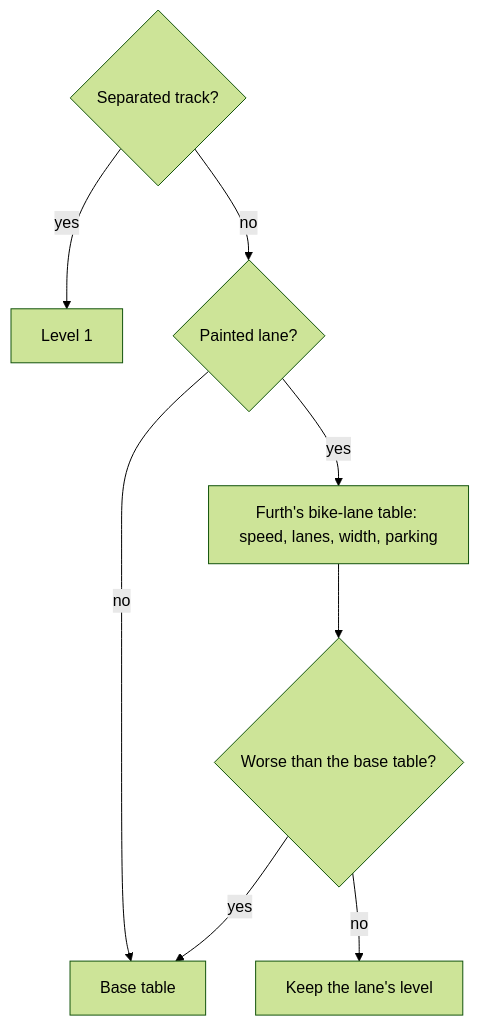
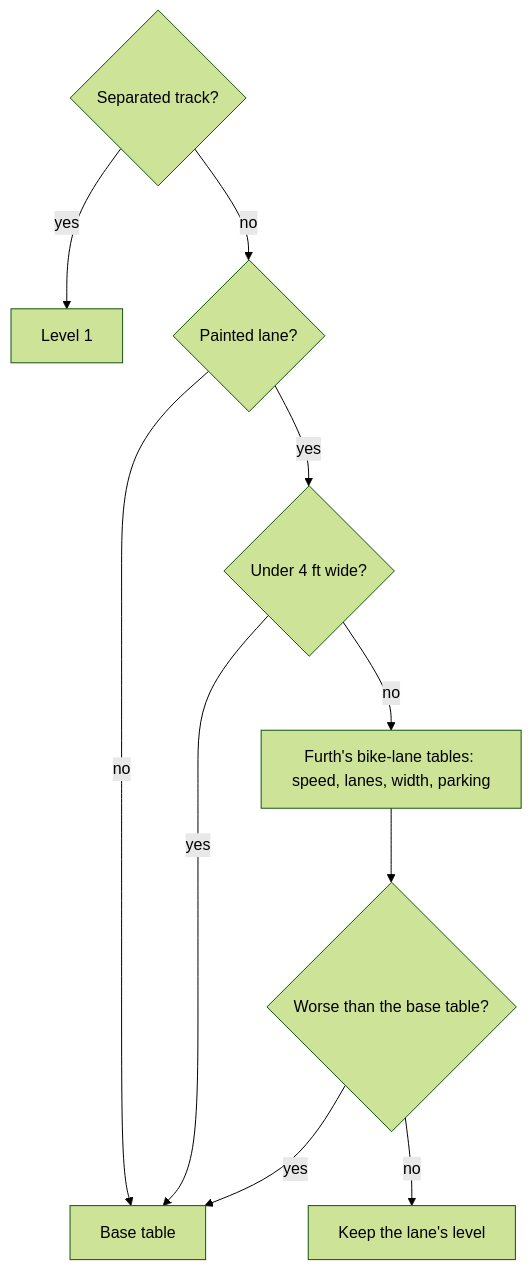
One commit to Macrophage87/RouteMaker changed the fifth of 13 diagrams in docs/stress/classification.md. Above: the diagram before and after it, drawn with Mermaid (forest theme). The commit also changed other lines of this file and 1 other file, not shown here.

First line of the commit message:
Stress docs, review r1: speeds by state, measured class counts, the rural table, the missing-data rule, the service-road diagram

````diff
--- a/docs/stress/classification.md
+++ b/docs/stress/classification.md
@@ -332,10 +394,12 @@
 ```mermaid
 flowchart TD
     A{"Separated track?"} -- yes --> L1["Level 1"]
     A -- no --> B{"Painted lane?"}
     B -- no --> M["Base table"]
-    B -- yes --> C["Furth's bike-lane table: speed, lanes, width, parking"]
+    B -- yes --> W{"Under 4 ft wide?"}
+    W -- yes --> M
+    W -- no --> C["Furth's bike-lane tables: speed, lanes, width, parking"]
     C --> D{"Worse than the base table?"}
     D -- yes --> M
     D -- no --> K["Keep the lane's level"]
 ```
````
